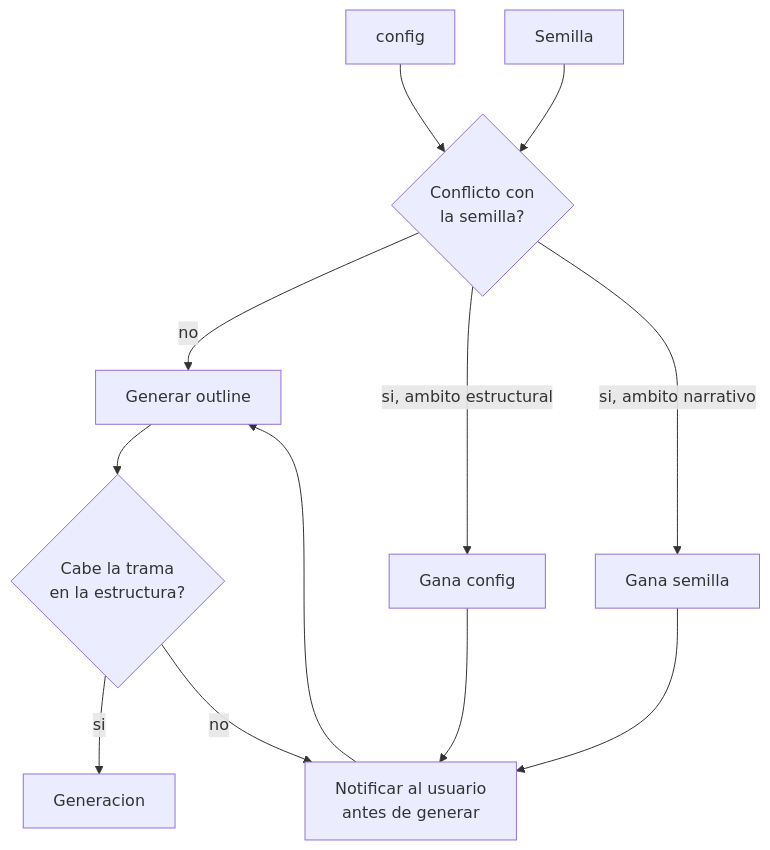
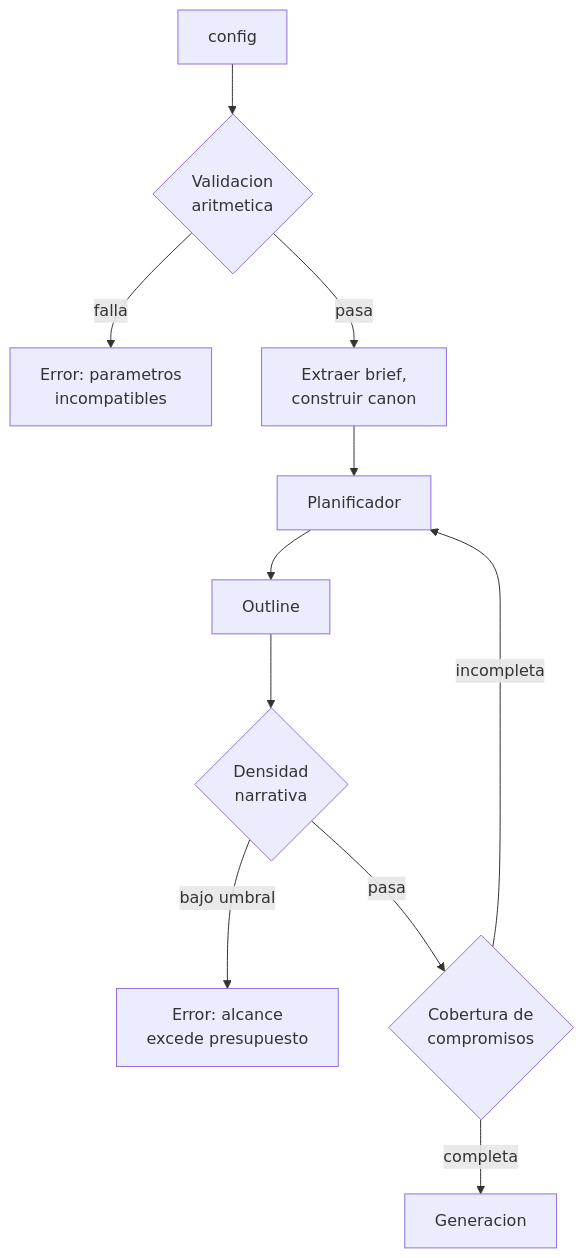
One commit to JNico-rb/story-maker changed the sixth of 9 diagrams in docs/architecture.md. Above: the diagram before and after it, drawn with Mermaid. The commit also changed other lines of this file and 7 other files, not shown here.

````diff
--- a/docs/architecture.md
+++ b/docs/architecture.md
@@ -217,17 +244,14 @@
 ```mermaid
 graph TD
-    CFG[config] --> CHK{Conflicto con<br/>la semilla?}
-    SEM[Semilla] --> CHK
+    CFG[config] --> VAL{Validacion<br/>aritmetica}
+    VAL -->|falla| ERR1[Error: parametros<br/>incompatibles]
+    VAL -->|pasa| PROC[Extraer brief,<br/>construir canon]
 
-    CHK -->|no| OK[Generar outline]
-    CHK -->|si, ambito estructural| WC[Gana config]
-    CHK -->|si, ambito narrativo| WS[Gana semilla]
-
-    WC --> NOT[Notificar al usuario<br/>antes de generar]
-    WS --> NOT
-    NOT --> OK
-
-    OK --> FAC{Cabe la trama<br/>en la estructura?}
-    FAC -->|si| GEN[Generacion]
-    FAC -->|no| NOT
+    PROC --> PLA[Planificador]
+    PLA --> OUT[Outline]
+    OUT --> DEN{Densidad<br/>narrativa}
+    DEN -->|bajo umbral| ERR2[Error: alcance<br/>excede presupuesto]
+    DEN -->|pasa| COB{Cobertura de<br/>compromisos}
+    COB -->|incompleta| PLA
+    COB -->|completa| GEN[Generacion]
 ```
````
